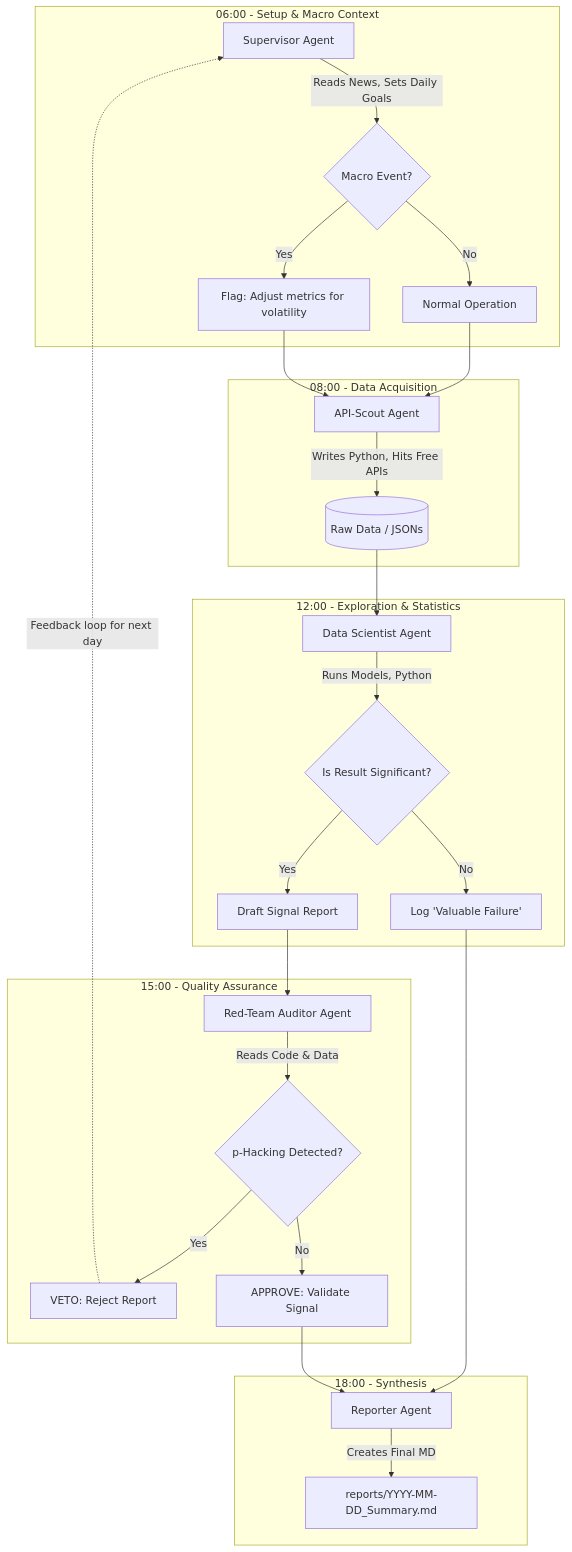
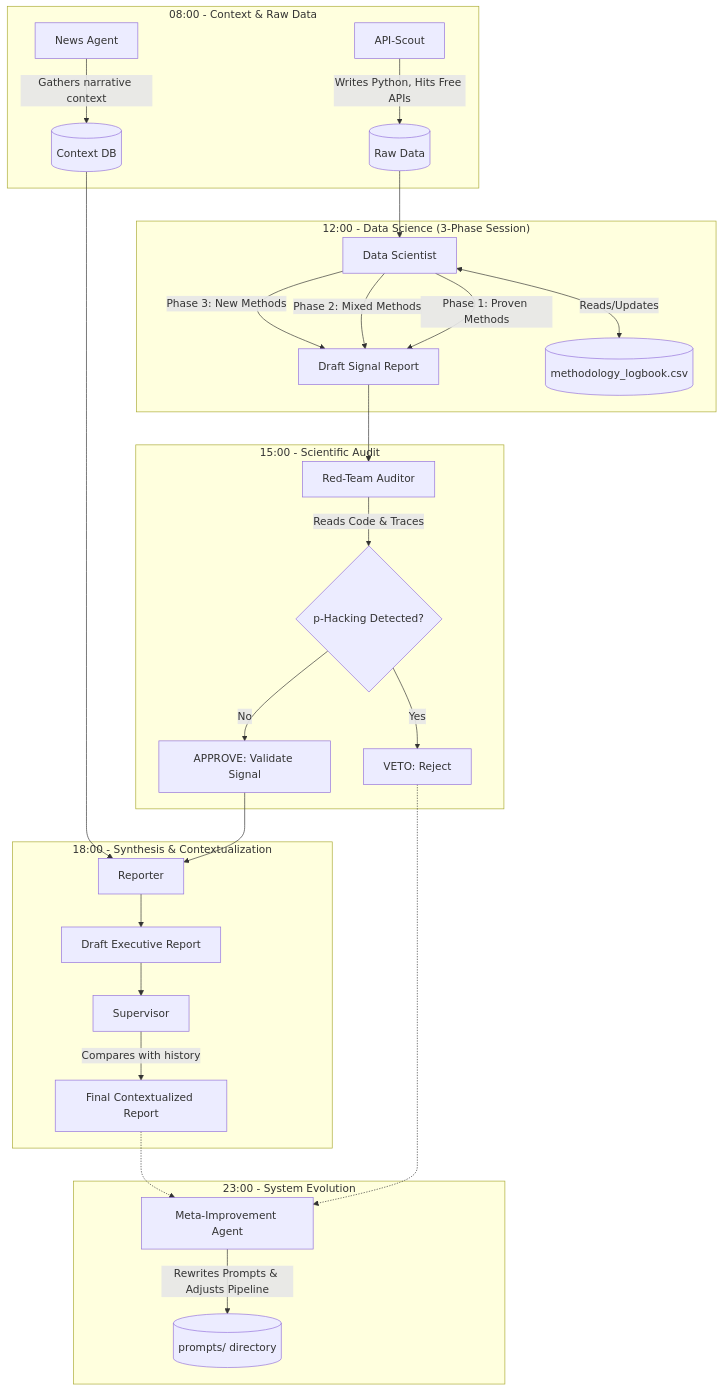
One commit to obwohl/game-intel changed the diagram in Ardem_Testbed_Design.md. Above: the diagram before and after it, drawn with Mermaid. The commit also changed other lines of this file and 11 other files, not shown here.

First line of the commit message:
feat: add Ardem multi-agent pipeline design and prompts

````diff
--- a/Ardem_Testbed_Design.md
+++ b/Ardem_Testbed_Design.md
@@ -50,36 +64,36 @@
 ```mermaid
 graph TD
-    subgraph "06:00 - Setup & Macro Context"
-        A[Supervisor Agent] -->|Reads News, Sets Daily Goals| B{Macro Event?}
-        B -- Yes --> C[Flag: Adjust metrics for volatility]
-        B -- No --> D[Normal Operation]
+    subgraph "08:00 - Context & Raw Data"
+        A[News Agent] -->|Gathers narrative context| B[(Context DB)]
+        C[API-Scout] -->|Writes Python, Hits Free APIs| D[(Raw Data)]
     end
 
-    subgraph "08:00 - Data Acquisition"
-        D --> E[API-Scout Agent]
-        C --> E
-        E -->|Writes Python, Hits Free APIs| F[(Raw Data / JSONs)]
+    subgraph "12:00 - Data Science (3-Phase Session)"
+        D --> E[Data Scientist]
+        E <-->|Reads/Updates| F[(methodology_logbook.csv)]
+        E -->|Phase 1: Proven Methods| G
+        E -->|Phase 2: Mixed Methods| G
+        E -->|Phase 3: New Methods| G[Draft Signal Report]
     end
 
-    subgraph "12:00 - Exploration & Statistics"
-        F --> G[Data Scientist Agent]
-        G -->|Runs Models, Python| H{Is Result Significant?}
-        H -- No --> I[Log 'Valuable Failure']
-        H -- Yes --> J[Draft Signal Report]
+    subgraph "15:00 - Scientific Audit"
+        G --> H[Red-Team Auditor]
+        H -->|Reads Code & Traces| I{p-Hacking Detected?}
+        I -- Yes --> J[VETO: Reject]
+        I -- No --> K[APPROVE: Validate Signal]
     end
 
-    subgraph "15:00 - Quality Assurance"
-        J --> K[Red-Team Auditor Agent]
-        K -->|Reads Code & Data| L{p-Hacking Detected?}
-        L -- Yes --> M[VETO: Reject Report]
-        L -- No --> N[APPROVE: Validate Signal]
+    subgraph "18:00 - Synthesis & Contextualization"
+        B --> L[Reporter]
+        K --> L
+        L --> M[Draft Executive Report]
+        M --> N[Supervisor]
+        N -->|Compares with history| O[Final Contextualized Report]
     end
 
-    subgraph "18:00 - Synthesis"
-        I --> O[Reporter Agent]
-        N --> O
-        O -->|Creates Final MD| P[reports/YYYY-MM-DD_Summary.md]
+    subgraph "23:00 - System Evolution"
+        J -.-> P
+        O -.-> P[Meta-Improvement Agent]
+        P -->|Rewrites Prompts & Adjusts Pipeline| Q[(prompts/ directory)]
     end
-
-    M -.->|Feedback loop for next day| A
 ```
````
